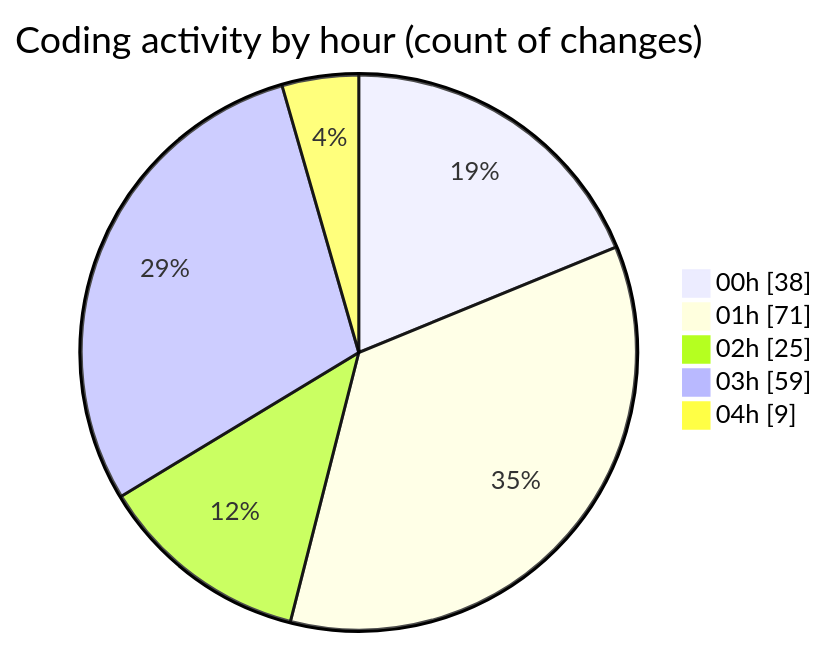
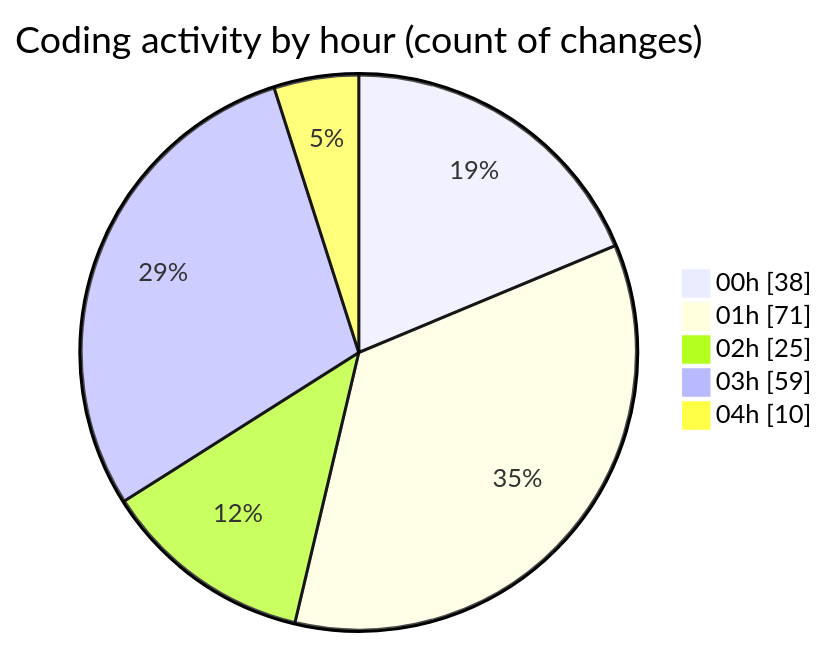
The second of 2 diagrams in 2025-07-27/quanlyrapchieuphim-1/README.md (lephambinh05/code-tracking), drawn with Mermaid before and after one commit. The commit also changed other lines of this file and 1 other file, not shown here.

````diff
--- a/2025-07-27/quanlyrapchieuphim-1/README.md
+++ b/2025-07-27/quanlyrapchieuphim-1/README.md
@@ -78,9 +78,9 @@
 ```mermaid
 pie showData
 title Coding activity by hour (count of changes)
 "00h" : 38
 "01h" : 71
 "02h" : 25
 "03h" : 59
-"04h" : 9
+"04h" : 10
 ```
````
